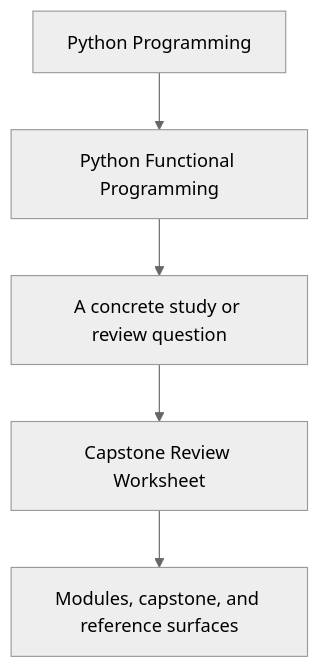
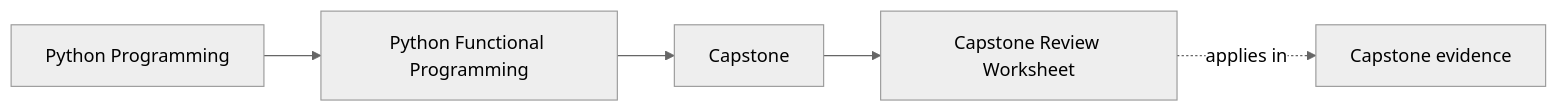
Before and after one commit to bijux/bijux-masterclass: the first of 2 diagrams in programs/python-programming/python-functional-programming/course-book/capstone/capstone-review-worksheet.md, drawn with Mermaid (neutral theme). The commit also changed other lines of this file and 108 other files, not shown here.

Commit message:
docs(python-functional-programming): map capstone and advanced design surfaces

````diff
--- a/programs/python-programming/python-functional-programming/course-book/capstone/capstone-review-worksheet.md
+++ b/programs/python-programming/python-functional-programming/course-book/capstone/capstone-review-worksheet.md
@@ -7,7 +7,11 @@
 ```mermaid
-flowchart TD
-  family["Python Programming"] --> program["Python Functional Programming"]
-  program --> pressure["A concrete study or review question"]
-  pressure --> guide["Capstone Review Worksheet"]
-  guide --> next["Modules, capstone, and reference surfaces"]
+graph LR
+  family["Python Programming"]
+  program["Python Functional Programming"]
+  section["Capstone"]
+  page["Capstone Review Worksheet"]
+  capstone["Capstone evidence"]
+
+  family --> program --> section --> page
+  page -.applies in.-> capstone
 ```
````
